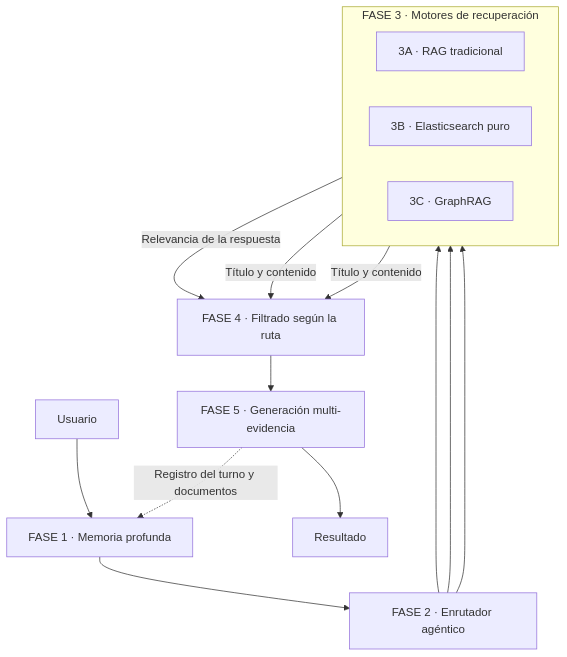
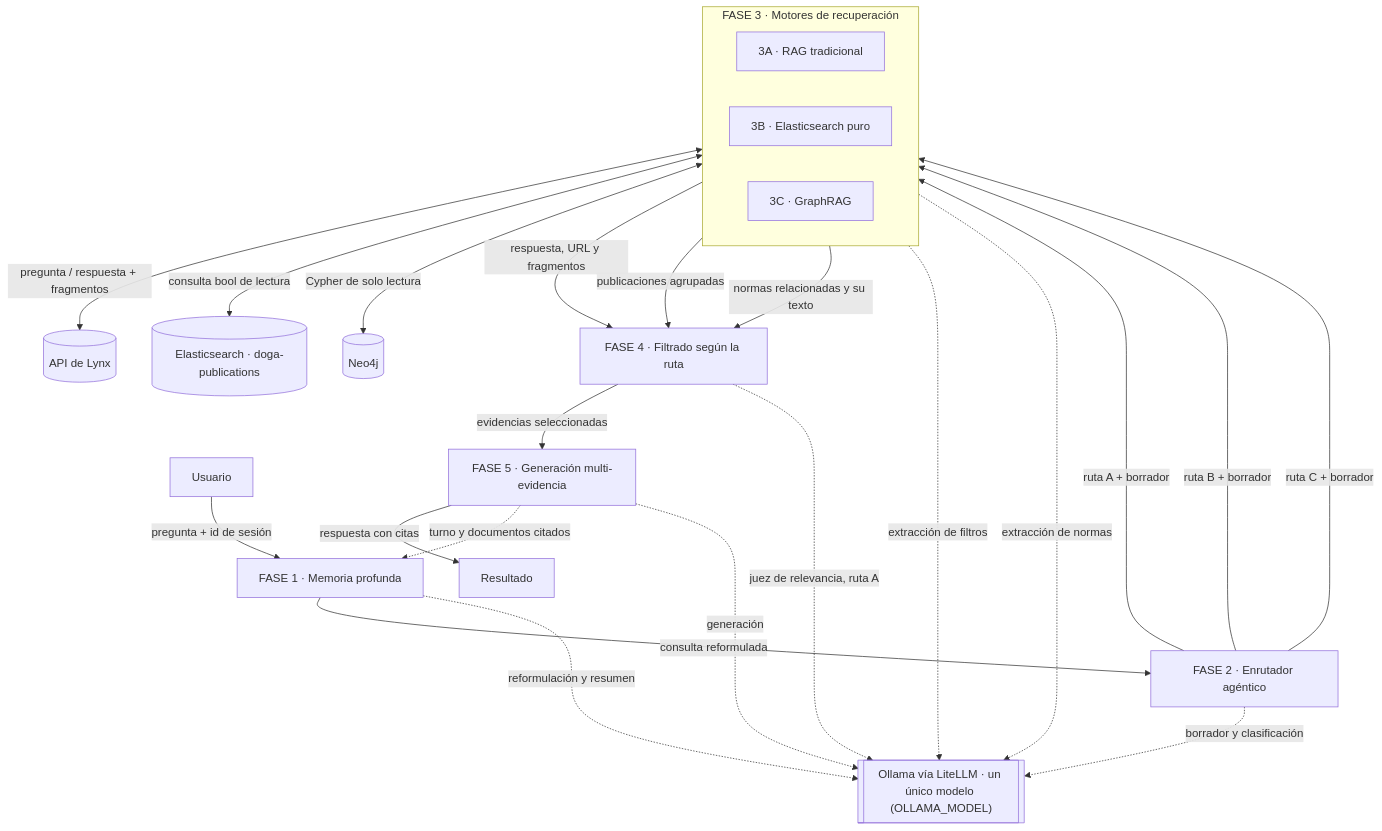
The diagram in entregas/cu-09-graphrag-dog/ARCHITECTURE.md (4aac/piia2-26), drawn with Mermaid before and after one commit. The commit also changed other lines of this file and 13 other files, not shown here.

````diff
--- a/entregas/cu-09-graphrag-dog/ARCHITECTURE.md
+++ b/entregas/cu-09-graphrag-dog/ARCHITECTURE.md
@@ -3,22 +5,35 @@
 ```mermaid
 flowchart TD
-    U[Usuario] --> M["FASE 1 · Memoria profunda"]
-    M --> A["FASE 2 · Enrutador agéntico"]
+    U[Usuario] -->|pregunta + id de sesión| M["FASE 1 · Memoria profunda"]
+    M -->|consulta reformulada| A["FASE 2 · Enrutador agéntico"]
 
     subgraph R["FASE 3 · Motores de recuperación"]
         direction LR
         RAG["3A · RAG tradicional"]
         ES["3B · Elasticsearch puro"]
         G["3C · GraphRAG"]
     end
 
-    A --> RAG
-    A --> ES
-    A --> G
-    RAG -->|Relevancia de la respuesta| F["FASE 4 · Filtrado según la ruta"]
-    ES -->|Título y contenido| F
-    G -->|Título y contenido| F
-    F --> L["FASE 5 · Generación multi-evidencia"]
-    L --> O[Resultado]
-    L -. Registro del turno y documentos .-> M
+    A -->|ruta A + borrador| RAG
+    A -->|ruta B + borrador| ES
+    A -->|ruta C + borrador| G
+
+    RAG <-->|pregunta / respuesta + fragmentos| LYNX[("API de Lynx")]
+    ES <-->|consulta bool de lectura| IDX[("Elasticsearch · doga-publications")]
+    G <-->|Cypher de solo lectura| NEO[("Neo4j")]
+
+    RAG -->|respuesta, URL y fragmentos| F["FASE 4 · Filtrado según la ruta"]
+    ES -->|publicaciones agrupadas| F
+    G -->|normas relacionadas y su texto| F
+    F -->|evidencias seleccionadas| L["FASE 5 · Generación multi-evidencia"]
+    L -->|respuesta con citas| O[Resultado]
+    L -. turno y documentos citados .-> M
+
+    LLM[["Ollama vía LiteLLM · un único modelo (OLLAMA_MODEL)"]]
+    M -. reformulación y resumen .-> LLM
+    A -. borrador y clasificación .-> LLM
+    ES -. extracción de filtros .-> LLM
+    G -. extracción de normas .-> LLM
+    F -. juez de relevancia, ruta A .-> LLM
+    L -. generación .-> LLM
 ```
````
